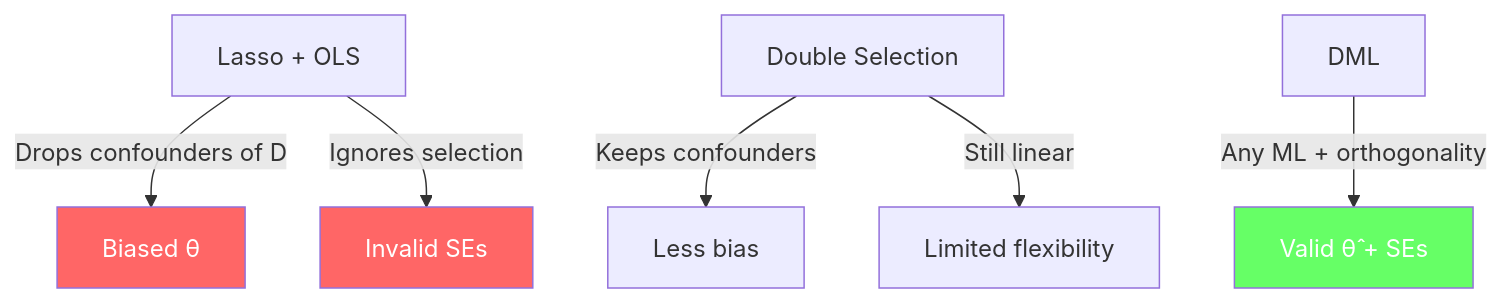
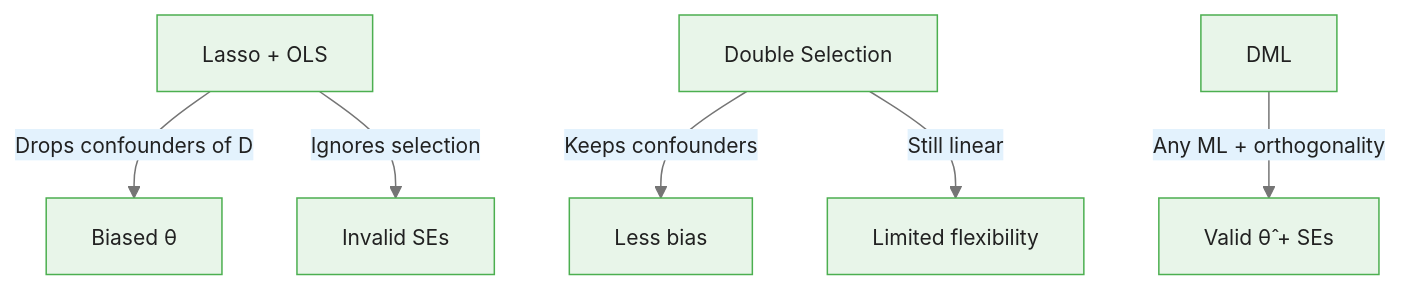
Before and after one commit to m-deane/course-creator: the third of 3 diagrams in courses/double-machine-learning/modules/module_01_ols_limitations/guides/01_regularisation_bias_slides.md, drawn with Mermaid. The commit also changed other lines of this file and 40 other files, not shown here.

````diff
--- a/courses/double-machine-learning/modules/module_01_ols_limitations/guides/01_regularisation_bias_slides.md
+++ b/courses/double-machine-learning/modules/module_01_ols_limitations/guides/01_regularisation_bias_slides.md
@@ -216,11 +229,9 @@
 ```mermaid
+%%{init: {"theme": "base", "themeVariables": {"primaryColor": "#e8f5e9", "primaryBorderColor": "#4caf50", "primaryTextColor": "#212121", "secondaryColor": "#e3f2fd", "tertiaryColor": "#fff8e1", "lineColor": "#757575", "fontFamily": "Inter, sans-serif", "fontSize": "14px"}}}%%
 flowchart TD
     Lasso["Lasso + OLS"] -->|"Drops confounders of D"| Bias["Biased θ̂"]
     Lasso -->|"Ignores selection"| BadSE["Invalid SEs"]
     DS["Double Selection"] -->|"Keeps confounders"| Better["Less bias"]
     DS -->|"Still linear"| Limited["Limited flexibility"]
     DML["DML"] -->|"Any ML + orthogonality"| Valid["Valid θ̂ + SEs"]
-    style Bias fill:#f66,color:#fff
-    style BadSE fill:#f66,color:#fff
-    style Valid fill:#6f6,color:#fff
 ```
````
